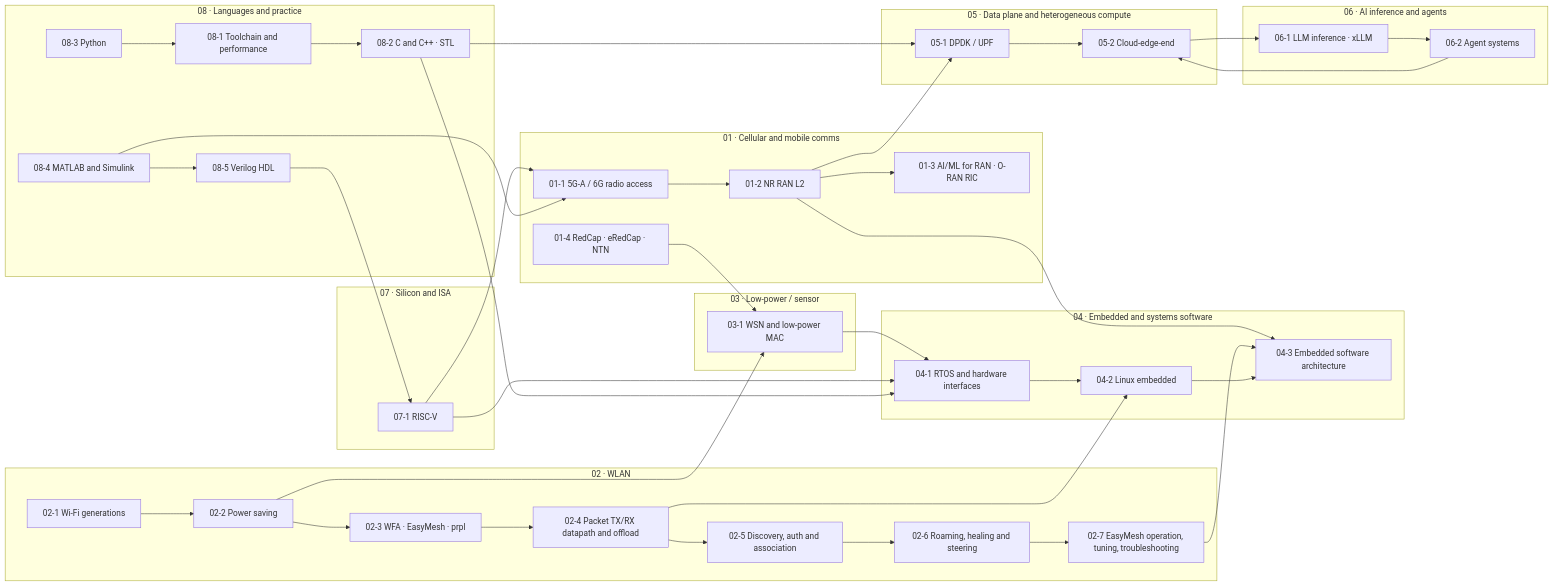
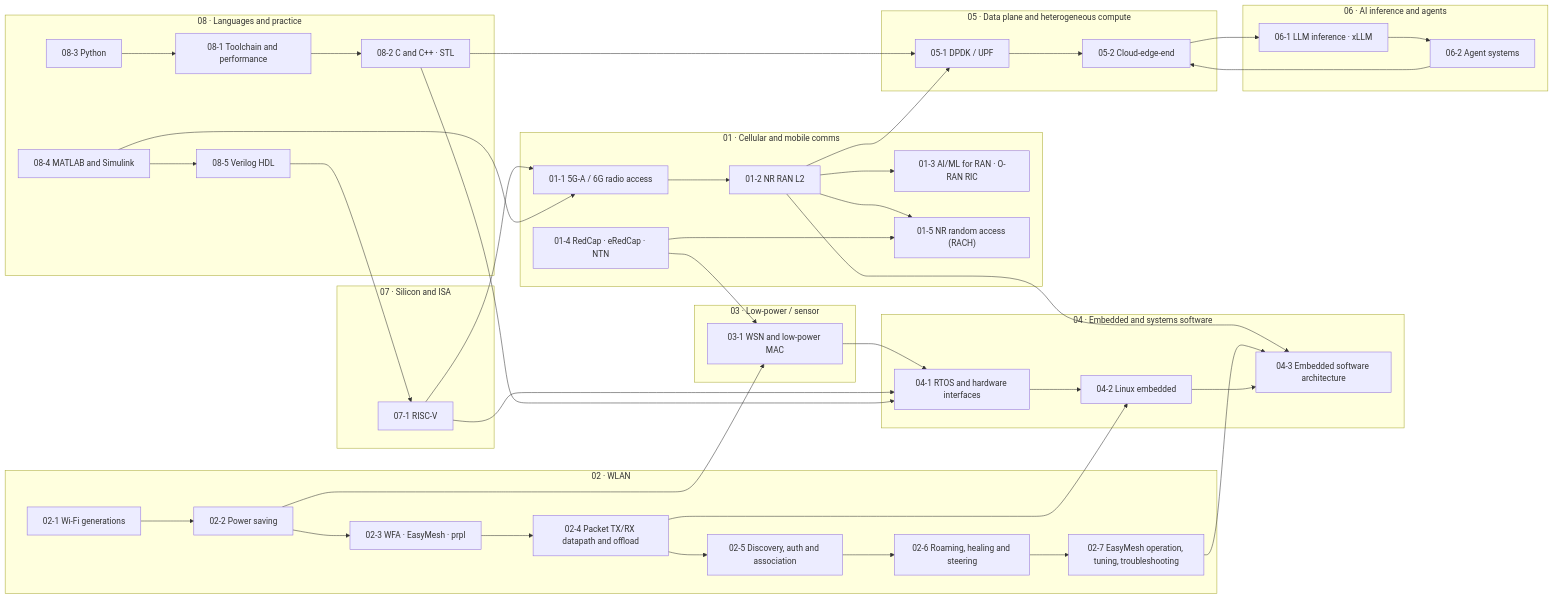
Before and after one commit to washingtonxr/xSkills: the second of 2 diagrams in knowledge-graph/00 MOC - Comms x Compute x AI Knowledge Graph.md, drawn with Mermaid. The commit also changed other lines of this file and 10 other files, not shown here.

````diff
--- a/knowledge-graph/00 MOC - Comms x Compute x AI Knowledge Graph.md
+++ b/knowledge-graph/00 MOC - Comms x Compute x AI Knowledge Graph.md
@@ -71,69 +71,72 @@
 ```mermaid
 flowchart LR
     subgraph g1["01 · Cellular and mobile comms"]
         c1["01-1 5G-A / 6G radio access"]
         c2["01-2 NR RAN L2"]
         c3["01-3 AI/ML for RAN · O-RAN RIC"]
         c4["01-4 RedCap · eRedCap · NTN"]
+        c5["01-5 NR random access (RACH)"]
     end
     subgraph g2["02 · WLAN"]
         w1["02-1 Wi-Fi generations"]
         w2["02-2 Power saving"]
         w3["02-3 WFA · EasyMesh · prpl"]
         w4["02-4 Packet TX/RX datapath and offload"]
         w5["02-5 Discovery, auth and association"]
         w6["02-6 Roaming, healing and steering"]
         w7["02-7 EasyMesh operation, tuning, troubleshooting"]
     end
     subgraph g3["03 · Low-power / sensor"]
         s1["03-1 WSN and low-power MAC"]
     end
     subgraph g4["04 · Embedded and systems software"]
         e1["04-1 RTOS and hardware interfaces"]
         e2["04-2 Linux embedded"]
         e3["04-3 Embedded software architecture"]
     end
     subgraph g5["05 · Data plane and heterogeneous compute"]
         d1["05-1 DPDK / UPF"]
         d2["05-2 Cloud-edge-end"]
     end
     subgraph g6["06 · AI inference and agents"]
         i1["06-1 LLM inference · xLLM"]
         i2["06-2 Agent systems"]
     end
     subgraph g7["07 · Silicon and ISA"]
         r1["07-1 RISC-V"]
     end
     subgraph g8["08 · Languages and practice"]
         p1["08-1 Toolchain and performance"]
         p2["08-2 C and C++ · STL"]
         p3["08-3 Python"]
         p4["08-4 MATLAB and Simulink"]
         p5["08-5 Verilog HDL"]
     end
 
     c1 --> c2 --> c3
+    c2 --> c5
+    c4 --> c5
     c2 --> e3
     c4 --> s1
     w1 --> w2 --> w3
     w3 --> w4
     w4 --> w5
     w5 --> w6
     w6 --> w7
     w7 --> e3
     w4 --> e2
     w2 --> s1 --> e1
     e1 --> e2 --> e3
     c2 --> d1 --> d2
     d2 --> i1 --> i2
     i2 --> d2
     r1 --> c1
     r1 --> e1
     p2 --> e1
     p2 --> d1
     p1 --> p2
     p3 --> p1
     p4 --> c1
     p4 --> p5
     p5 --> r1
 ```
````
